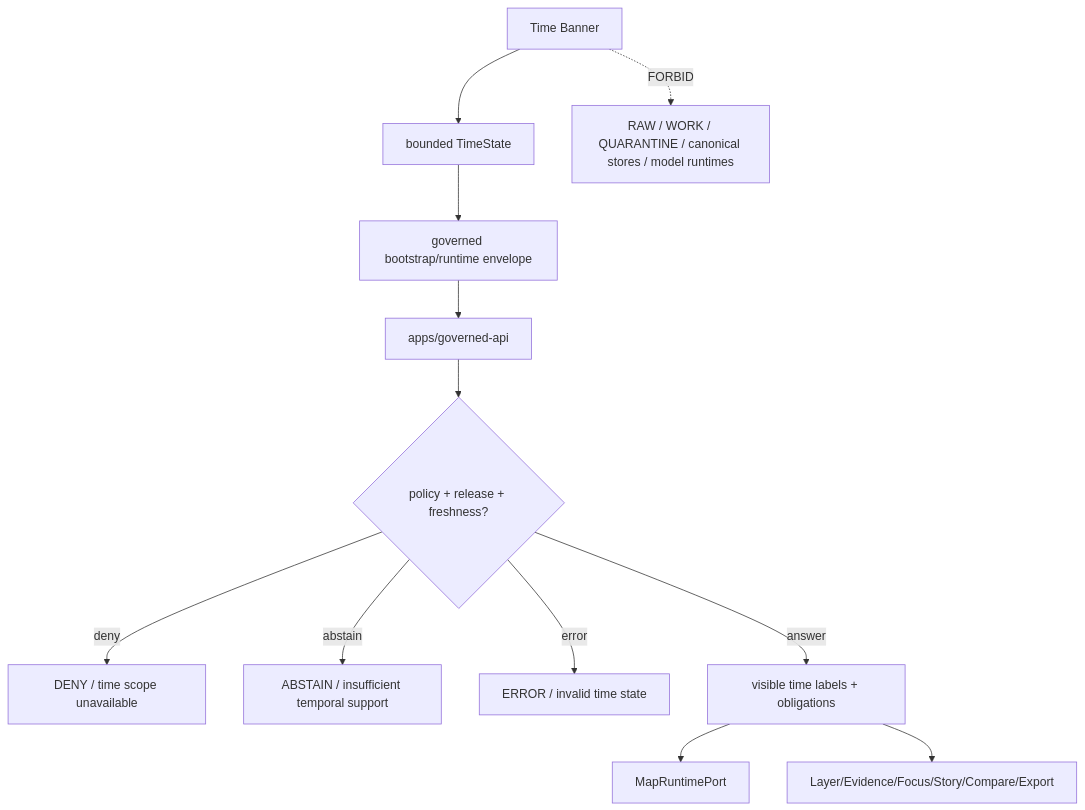
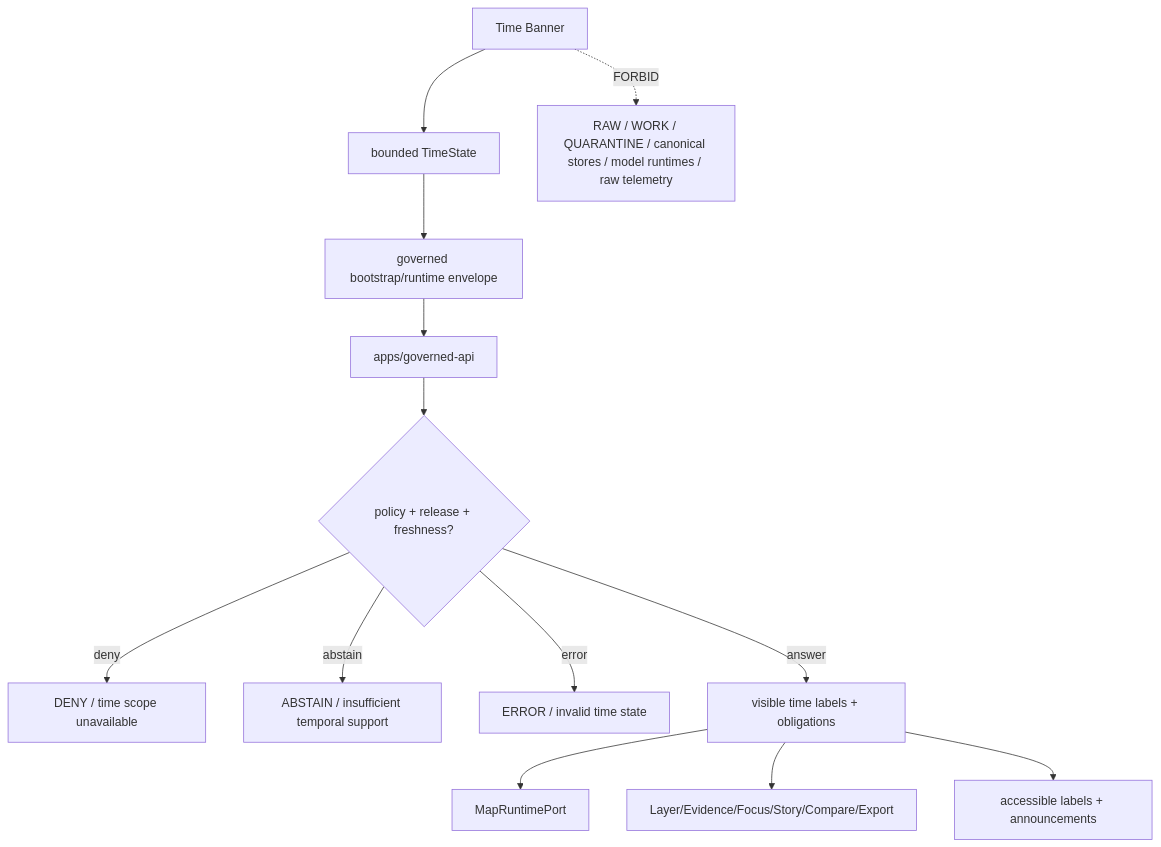
One commit to bartytime4life/Kansas-Frontier-Matrix changed the diagram in apps/explorer-web/src/features/time_banner/README.md. Above: the diagram before and after it, drawn with Mermaid. The commit also changed other lines of this file, not shown here.

Commit message:
docs: update explorer time banner readme

````diff
--- a/apps/explorer-web/src/features/time_banner/README.md
+++ b/apps/explorer-web/src/features/time_banner/README.md
@@ -214,14 +279,15 @@
 ```mermaid
 flowchart TD
     banner["Time Banner"] --> state["bounded TimeState"]
     state --> bootstrap["governed bootstrap/runtime envelope"]
     bootstrap --> api["apps/governed-api"]
     api --> policy{"policy + release + freshness?"}
     policy -->|deny| deny["DENY / time scope unavailable"]
     policy -->|abstain| abstain["ABSTAIN / insufficient temporal support"]
     policy -->|error| error["ERROR / invalid time state"]
     policy -->|answer| visible["visible time labels + obligations"]
     visible --> map["MapRuntimePort"]
     visible --> panels["Layer/Evidence/Focus/Story/Compare/Export"]
-    banner -. FORBID .-> raw["RAW / WORK / QUARANTINE / canonical stores / model runtimes"]
+    visible --> a11y["accessible labels + announcements"]
+    banner -. FORBID .-> raw["RAW / WORK / QUARANTINE / canonical stores / model runtimes / raw telemetry"]
 ```
````
